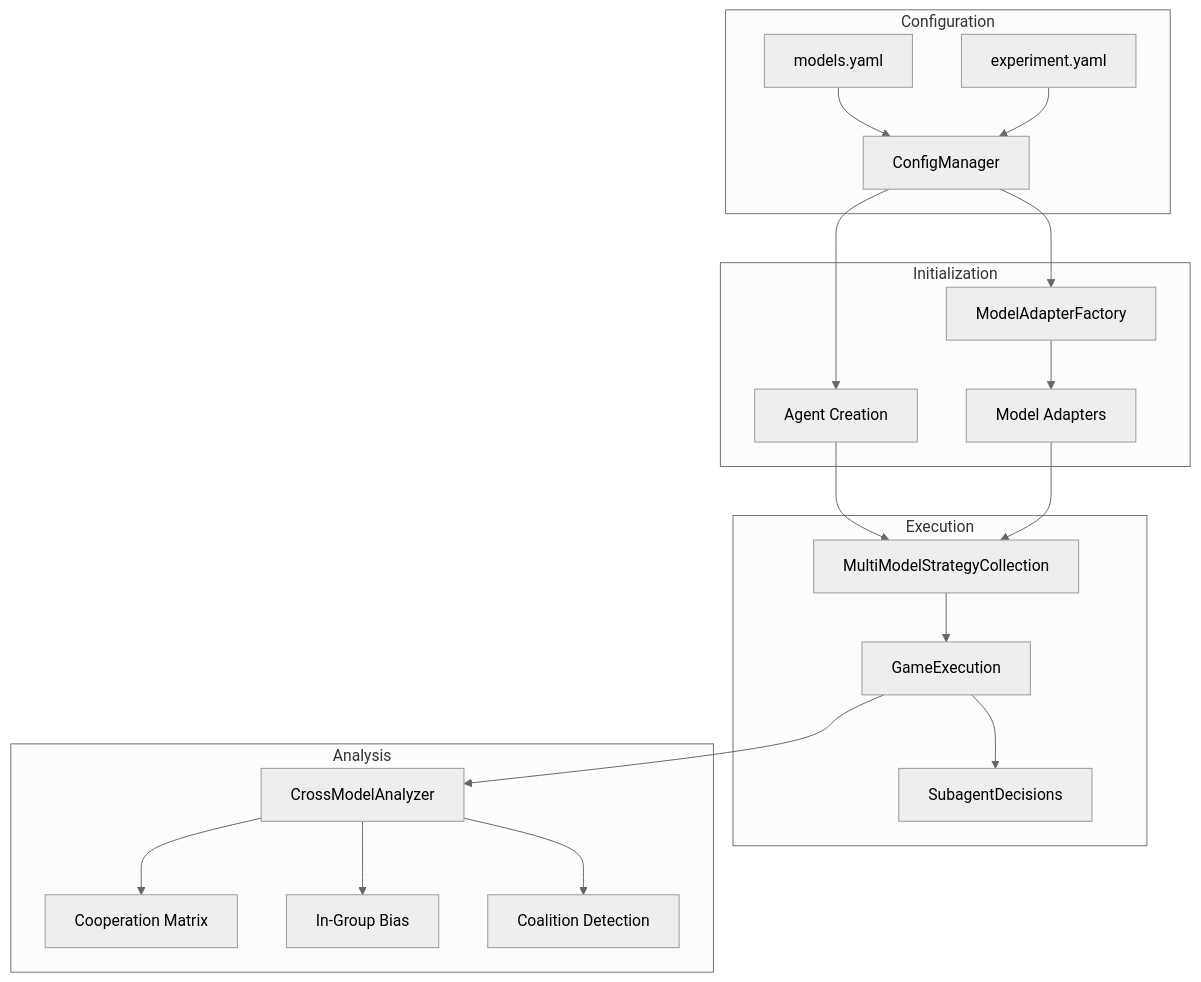
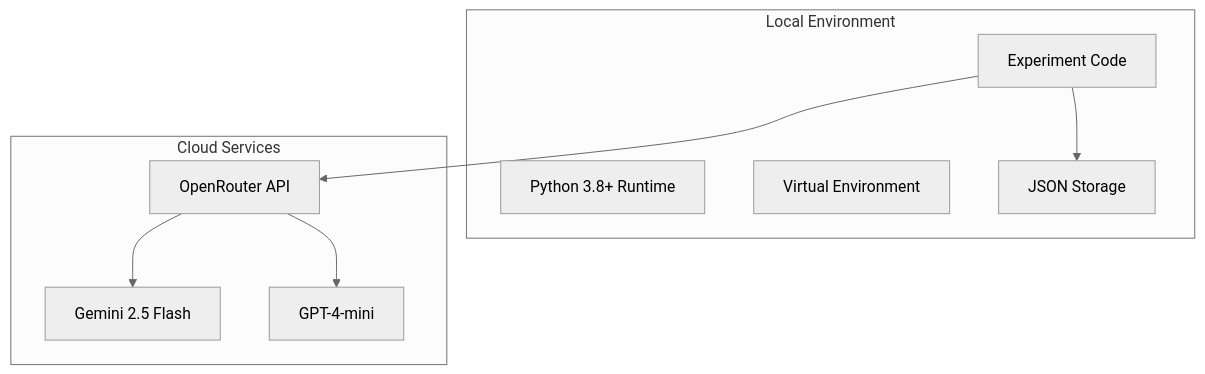
The fifth of 8 diagrams in docs/architecture.md (LucaDeLeo/superrationality), drawn with Mermaid (neutral theme) before and after one commit. The commit also changed other lines of this file, not shown here.

First line of the commit message:
Update architecture documentation to reflect simplified codebase

````diff
--- a/docs/architecture.md
+++ b/docs/architecture.md
@@ -1686,27 +490,20 @@
 ```mermaid
 graph TB
-    subgraph "Configuration"
-        A[models.yaml] --> B[ConfigManager]
-        C[experiment.yaml] --> B
+    subgraph "Local Environment"
+        A[Python 3.8+ Runtime]
+        B[Virtual Environment]
+        C[Experiment Code]
+        D[JSON Storage]
     end
     
-    subgraph "Initialization"
-        B --> D[ModelAdapterFactory]
-        D --> E[Model Adapters]
-        B --> F[Agent Creation]
+    subgraph "Cloud Services"
+        E[OpenRouter API]
+        F[Gemini 2.5 Flash]
+        G[GPT-4-mini]
     end
     
-    subgraph "Execution"
-        F --> G[MultiModelStrategyCollection]
-        E --> G
-        G --> H[GameExecution]
-        H --> I[SubagentDecisions]
-    end
-    
-    subgraph "Analysis"
-        H --> J[CrossModelAnalyzer]
-        J --> K[Cooperation Matrix]
-        J --> L[In-Group Bias]
-        J --> M[Coalition Detection]
-    end
+    C --> E
+    E --> F
+    E --> G
+    C --> D
 ```
````
